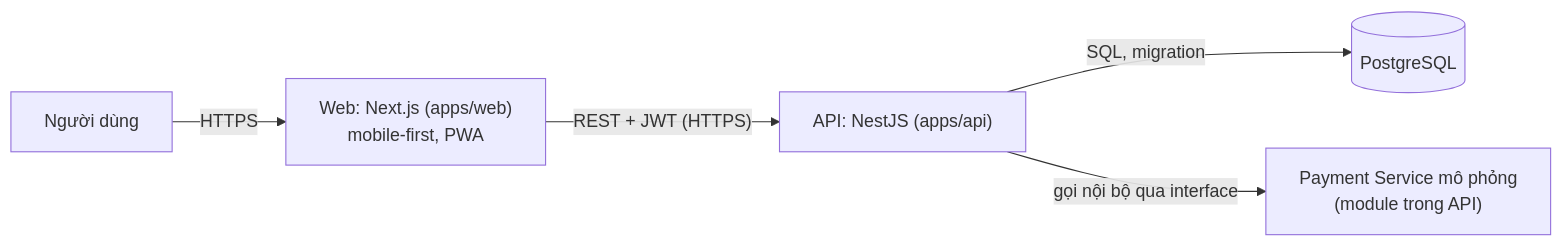
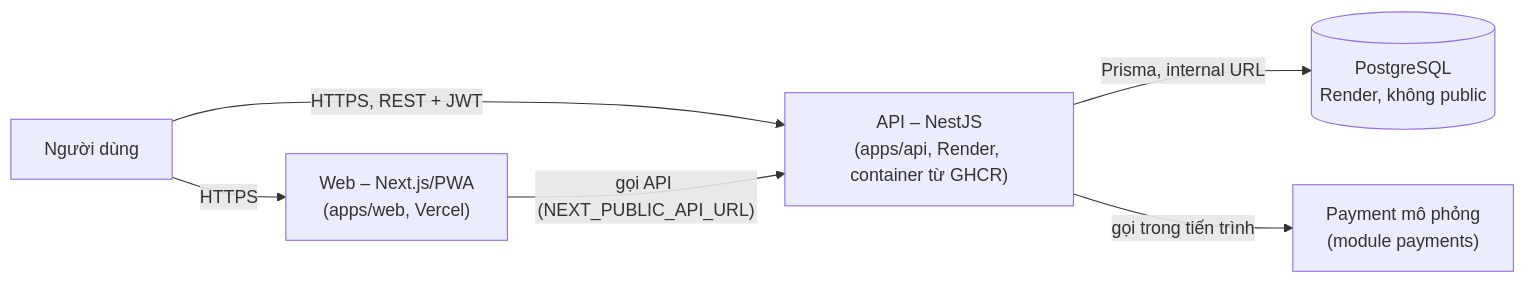
The second of 2 diagrams in docs/architecture/architecture.md (DuVinhLoi/BrewLite), drawn with Mermaid before and after one commit. The commit also changed other lines of this file and 16 other files, not shown here.

Commit message:
feat: setup architecture for task 3

````diff
--- a/docs/architecture/architecture.md
+++ b/docs/architecture/architecture.md
@@ -17,7 +17,8 @@
 ```mermaid
 flowchart LR
-  U["Người dùng"] -->|HTTPS| W["Web: Next.js (apps/web)<br/>mobile-first, PWA"]
-  W -->|"REST + JWT (HTTPS)"| A["API: NestJS (apps/api)"]
-  A -->|"SQL, migration"| D[("PostgreSQL")]
-  A -->|"gọi nội bộ qua interface"| P["Payment Service mô phỏng<br/>(module trong API)"]
+  U["Người dùng"] -->|HTTPS| W["Web – Next.js/PWA\n(apps/web, Vercel)"]
+  U -->|"HTTPS, REST + JWT"| A["API – NestJS\n(apps/api, Render, container từ GHCR)"]
+  W -->|"gọi API (NEXT_PUBLIC_API_URL)"| A
+  A -->|"Prisma, internal URL"| D[("PostgreSQL\nRender, không public")]
+  A -->|"gọi trong tiến trình"| P["Payment mô phỏng\n(module payments)"]
 ```
````
